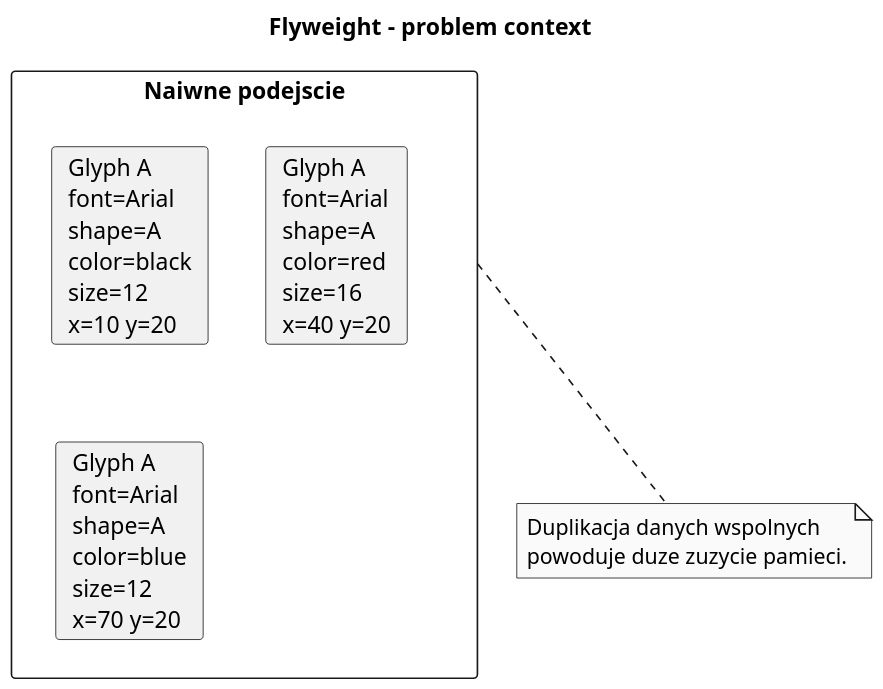
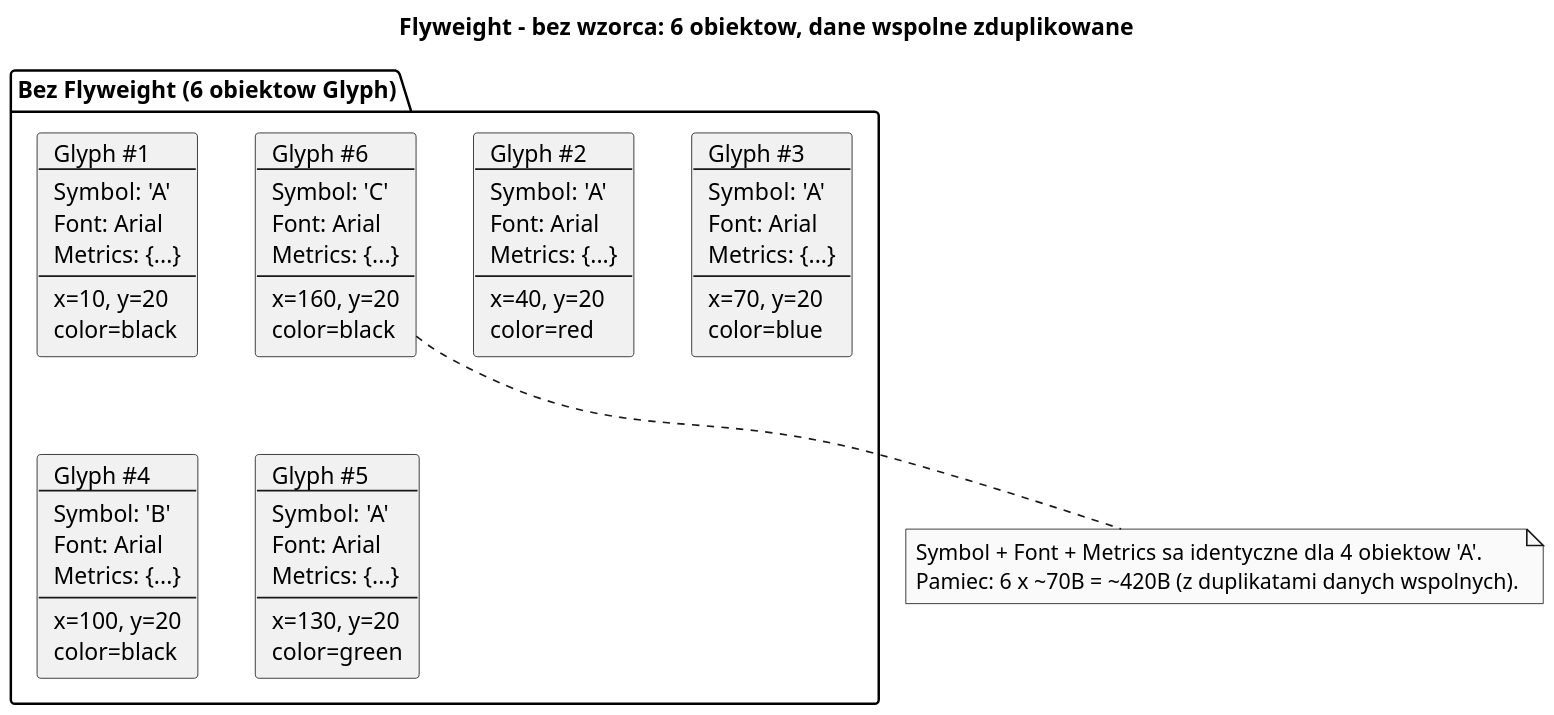
One commit to tborzyszkowski/DesignPatterns changed the diagram in src/11-pylek/01-idea-i-kontekst/diagrams/01-problem-context.puml. Above: the diagram before and after it, drawn with PlantUML. The commit also changed 7 other files, not shown here.

```diff
--- a/src/11-pylek/01-idea-i-kontekst/diagrams/01-problem-context.puml
+++ b/src/11-pylek/01-idea-i-kontekst/diagrams/01-problem-context.puml
@@ -1,18 +1,21 @@
 @startuml flyweight_problem_context
-title Flyweight - problem context
+title Flyweight - bez wzorca: 6 obiektow, dane wspolne zduplikowane
 
 skinparam monochrome true
 skinparam dpi 150
 
-rectangle "Naiwne podejscie" as Naive {
-  card "Glyph A\nfont=Arial\nshape=A\ncolor=black\nsize=12\nx=10 y=20" as N1
-  card "Glyph A\nfont=Arial\nshape=A\ncolor=red\nsize=16\nx=40 y=20" as N2
-  card "Glyph A\nfont=Arial\nshape=A\ncolor=blue\nsize=12\nx=70 y=20" as N3
+package "Bez Flyweight (6 obiektow Glyph)" {
+    card "Glyph #1\n---\nSymbol: 'A'\nFont: Arial\nMetrics: {...}\n---\nx=10, y=20\ncolor=black" as G1
+    card "Glyph #2\n---\nSymbol: 'A'\nFont: Arial\nMetrics: {...}\n---\nx=40, y=20\ncolor=red" as G2
+    card "Glyph #3\n---\nSymbol: 'A'\nFont: Arial\nMetrics: {...}\n---\nx=70, y=20\ncolor=blue" as G3
+    card "Glyph #4\n---\nSymbol: 'B'\nFont: Arial\nMetrics: {...}\n---\nx=100, y=20\ncolor=black" as G4
+    card "Glyph #5\n---\nSymbol: 'A'\nFont: Arial\nMetrics: {...}\n---\nx=130, y=20\ncolor=green" as G5
+    card "Glyph #6\n---\nSymbol: 'C'\nFont: Arial\nMetrics: {...}\n---\nx=160, y=20\ncolor=black" as G6
 }
 
-note bottom of Naive
-Duplikacja danych wspolnych
-powoduje duze zuzycie pamieci.
+note bottom
+Symbol + Font + Metrics sa identyczne dla 4 obiektow 'A'.
+Pamiec: 6 x ~70B = ~420B (z duplikatami danych wspolnych).
 end note
 
 @enduml
```
